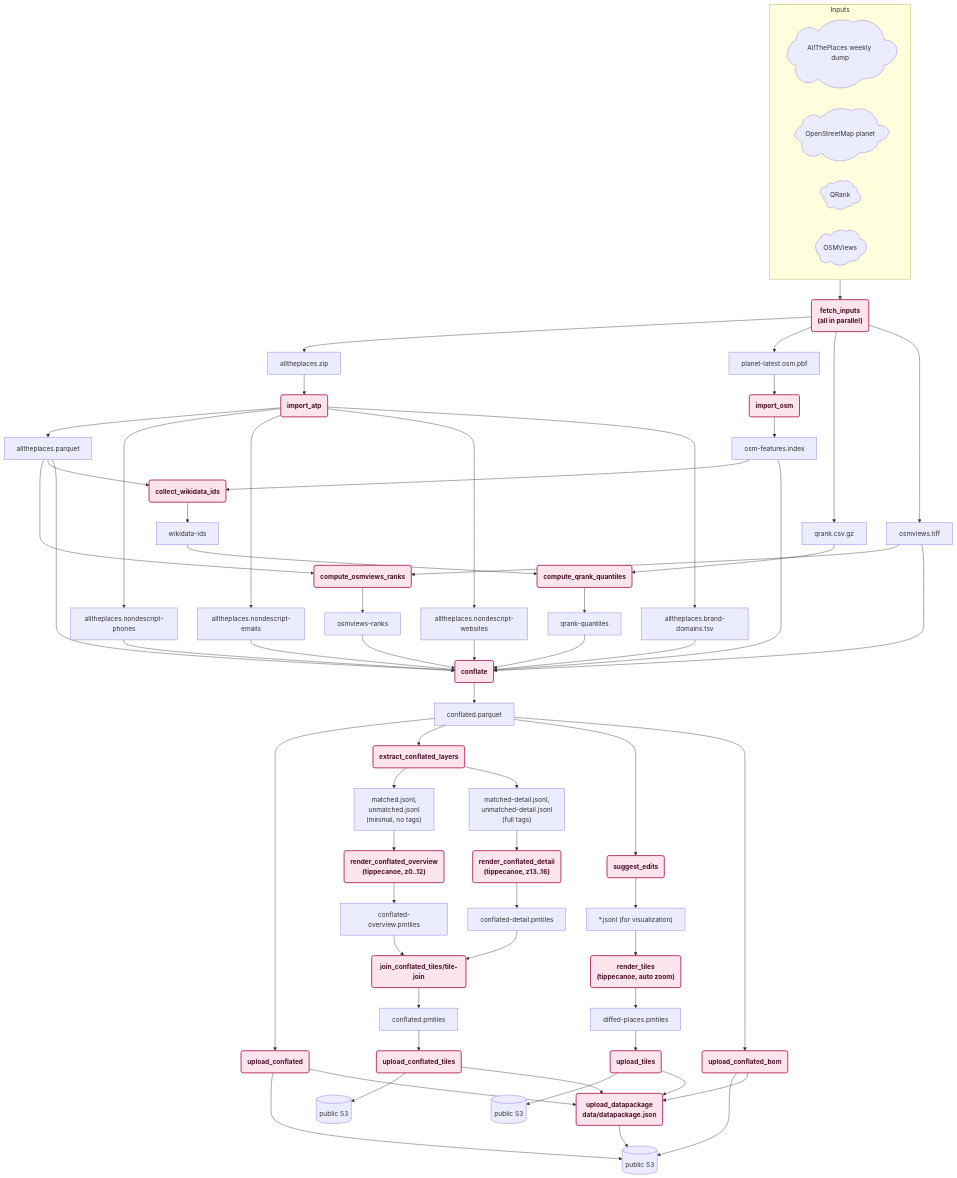
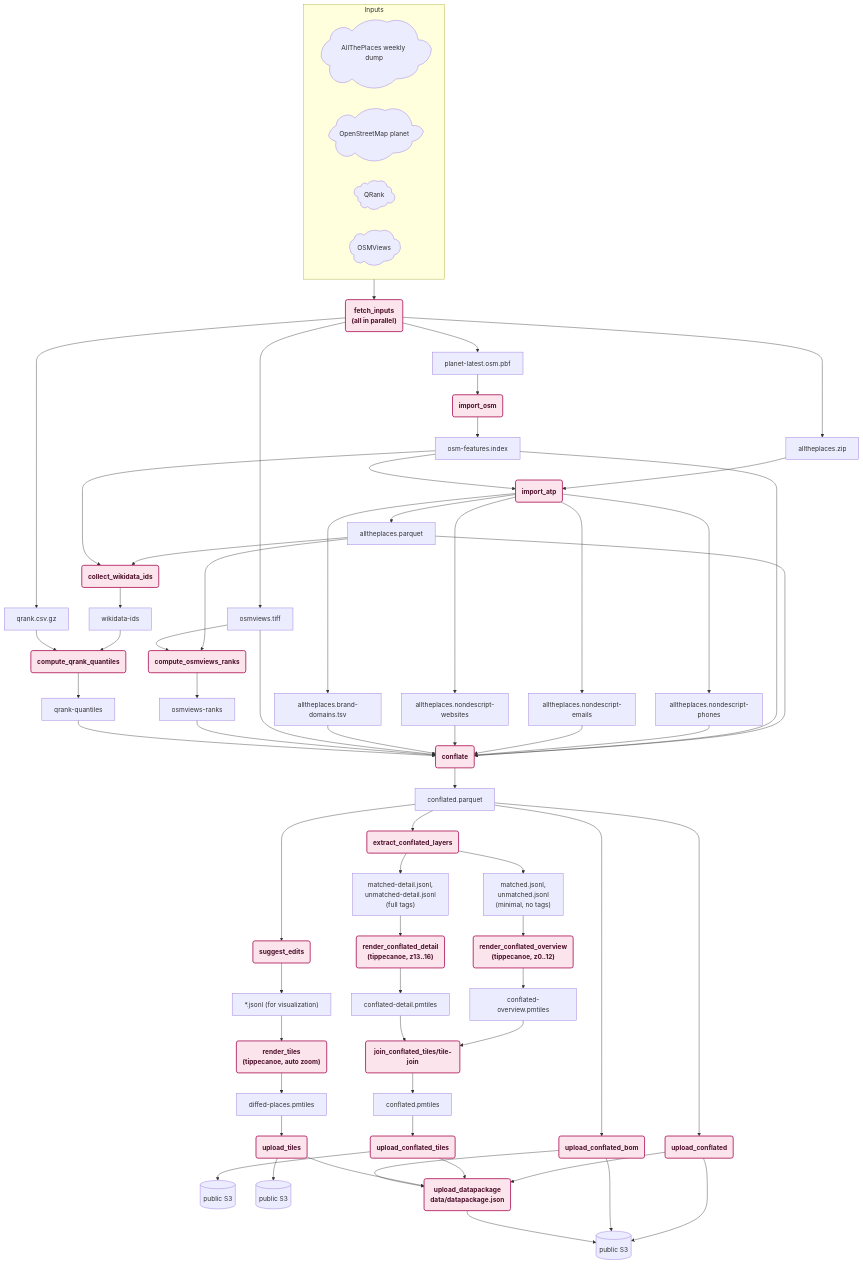
The diagram in docs/TECHNICAL_DESIGN.md (brawer/osmdiffs), drawn with Mermaid before and after one commit. The commit also changed other lines of this file and 5 other files, not shown here.

````diff
--- a/docs/TECHNICAL_DESIGN.md
+++ b/docs/TECHNICAL_DESIGN.md
@@ -177,72 +177,73 @@
 ```mermaid
 graph TD
     ATP_SRC@{ shape: cloud, label: "AllThePlaces weekly dump" }
     OSM_SRC@{ shape: cloud, label: "OpenStreetMap planet" }
     QRANK_SRC@{ shape: cloud, label: "QRank" }
     OSMVIEWS_SRC@{ shape: cloud, label: "OSMViews" }
 
     subgraph INPUTS [Inputs]
         ATP_SRC
         OSM_SRC
         QRANK_SRC
         OSMVIEWS_SRC
     end
     INPUTS --> FETCH_INPUTS("fetch_inputs<br/>(all in parallel)")
     FETCH_INPUTS --> ATP_ZIP[alltheplaces.zip]
     FETCH_INPUTS --> OSM_PBF[planet-latest.osm.pbf]
     FETCH_INPUTS --> QRANK_CSV[qrank.csv.gz]
     FETCH_INPUTS --> OSMVIEWS_TIFF[osmviews.tiff]
 
     ATP_ZIP --> IMPORT_ATP(import_atp) --> ATP_PARQUET[alltheplaces.parquet]
+    OSM_INDEX --> IMPORT_ATP
     IMPORT_ATP --> NONDESCRIPT_PHONES[alltheplaces.nondescript-phones]
     IMPORT_ATP --> NONDESCRIPT_EMAILS[alltheplaces.nondescript-emails]
     IMPORT_ATP --> NONDESCRIPT_WEBSITES[alltheplaces.nondescript-websites]
     IMPORT_ATP --> BRAND_DOMAINS[alltheplaces.brand-domains.tsv]
     ATP_PARQUET --> OSMVIEWS_RANKS(compute_osmviews_ranks)
     OSMVIEWS_TIFF --> OSMVIEWS_RANKS
     OSMVIEWS_RANKS --> OSMVIEWS_R[osmviews-ranks]
 
     OSM_PBF --> IMPORT_OSM(import_osm) --> OSM_INDEX[osm-features.index]
 
     ATP_PARQUET --> COLLECT_WIKI(collect_wikidata_ids)
     OSM_INDEX --> COLLECT_WIKI
     COLLECT_WIKI --> WIKIDATA[wikidata-ids]
     WIKIDATA --> QRANK_QUANTILES(compute_qrank_quantiles)
     QRANK_CSV --> QRANK_QUANTILES
     QRANK_QUANTILES --> QRANK_Q[qrank-quantiles]
 
     ATP_PARQUET --> CONFLATE(conflate)
     OSM_INDEX --> CONFLATE
     NONDESCRIPT_PHONES --> CONFLATE
     NONDESCRIPT_EMAILS --> CONFLATE
     NONDESCRIPT_WEBSITES --> CONFLATE
     BRAND_DOMAINS --> CONFLATE
     OSMVIEWS_TIFF --> CONFLATE
     OSMVIEWS_R --> CONFLATE
     QRANK_Q --> CONFLATE
     CONFLATE --> CONFLATED[conflated.parquet]
     CONFLATED --> UPLOAD_CONFLATED(upload_conflated) --> S3A[("public S3")]
 
     CONFLATED --> EXTRACT_CONFLATED_LAYERS(extract_conflated_layers)
     EXTRACT_CONFLATED_LAYERS --> OVERVIEW_LAYERS["matched.jsonl,<br/>unmatched.jsonl<br/>(minimal, no tags)"]
     EXTRACT_CONFLATED_LAYERS --> DETAIL_LAYERS["matched-detail.jsonl,<br/>unmatched-detail.jsonl<br/>(full tags)"]
     OVERVIEW_LAYERS --> RENDER_CONFLATED_OVERVIEW("render_conflated_overview<br/>(tippecanoe, z0..12)") --> OVERVIEW_PMTILES[conflated-overview.pmtiles]
     DETAIL_LAYERS --> RENDER_CONFLATED_DETAIL("render_conflated_detail<br/>(tippecanoe, z13..16)") --> DETAIL_PMTILES[conflated-detail.pmtiles]
     OVERVIEW_PMTILES --> JOIN_CONFLATED_TILES(join_conflated_tiles/tile-join)
     DETAIL_PMTILES --> JOIN_CONFLATED_TILES
     JOIN_CONFLATED_TILES --> CONFLATED_PMTILES[conflated.pmtiles]
     CONFLATED_PMTILES --> UPLOAD_CONFLATED_TILES(upload_conflated_tiles) --> S3C[("public S3")]
 
     CONFLATED --> SUGGEST_EDITS(suggest_edits) --> LAYERS["*.jsonl (for visualization)"]
     LAYERS --> RENDER_TILES("render_tiles<br/>(tippecanoe, auto zoom)") --> PMTILES[diffed-places.pmtiles]
     PMTILES --> UPLOAD_TILES(upload_tiles) --> S3B[("public S3")]
 
     CONFLATED --> UPLOAD_BOM(upload_conflated_bom) --> S3A
     UPLOAD_CONFLATED --> UPLOAD_DATAPACKAGE
     UPLOAD_CONFLATED_TILES --> UPLOAD_DATAPACKAGE
     UPLOAD_TILES --> UPLOAD_DATAPACKAGE
     UPLOAD_BOM --> UPLOAD_DATAPACKAGE(upload_datapackage<br/>data/datapackage.json) --> S3A
 
     classDef process fill:#fce4ec,stroke:#ad1457,stroke-width:2px,color:#4a0e28,font-weight:bold;
     class FETCH_INPUTS,IMPORT_ATP,OSMVIEWS_RANKS,COLLECT_WIKI,QRANK_QUANTILES,IMPORT_OSM,CONFLATE,UPLOAD_CONFLATED,EXTRACT_CONFLATED_LAYERS,RENDER_CONFLATED_OVERVIEW,RENDER_CONFLATED_DETAIL,JOIN_CONFLATED_TILES,UPLOAD_CONFLATED_TILES,SUGGEST_EDITS,RENDER_TILES,UPLOAD_TILES,UPLOAD_BOM,UPLOAD_DATAPACKAGE process;
 ```
````
